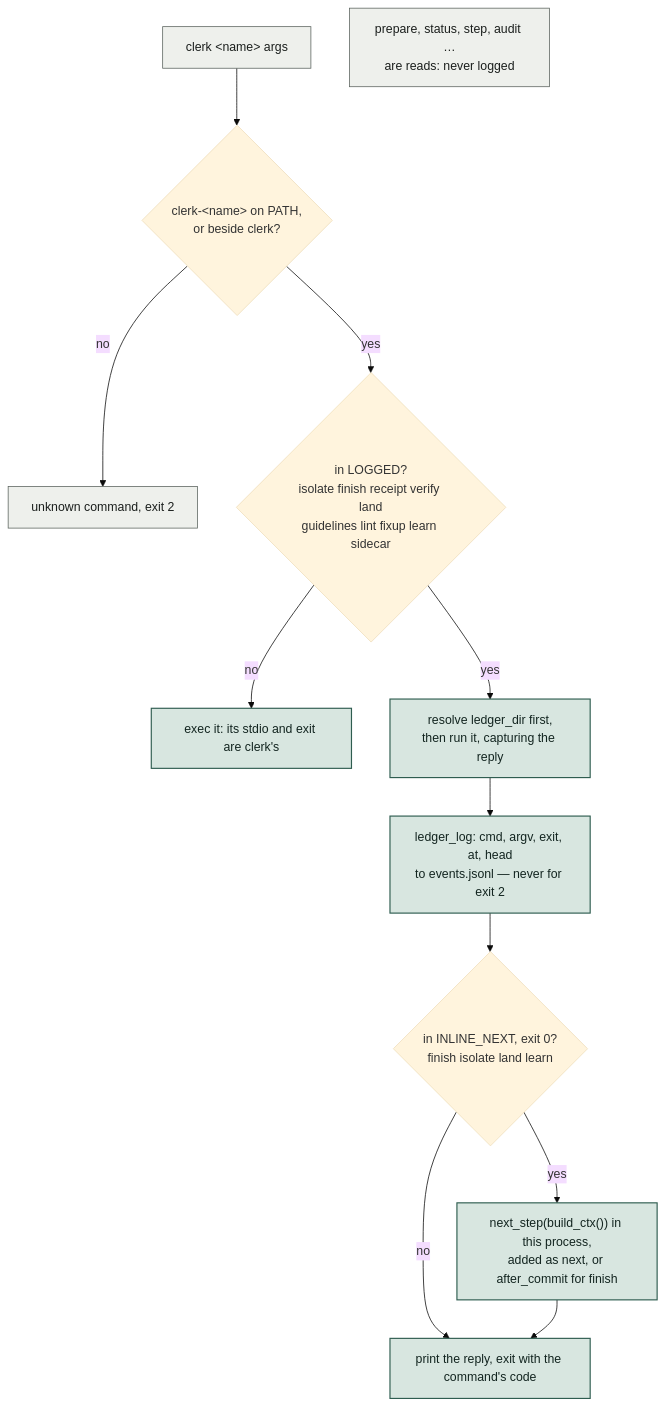
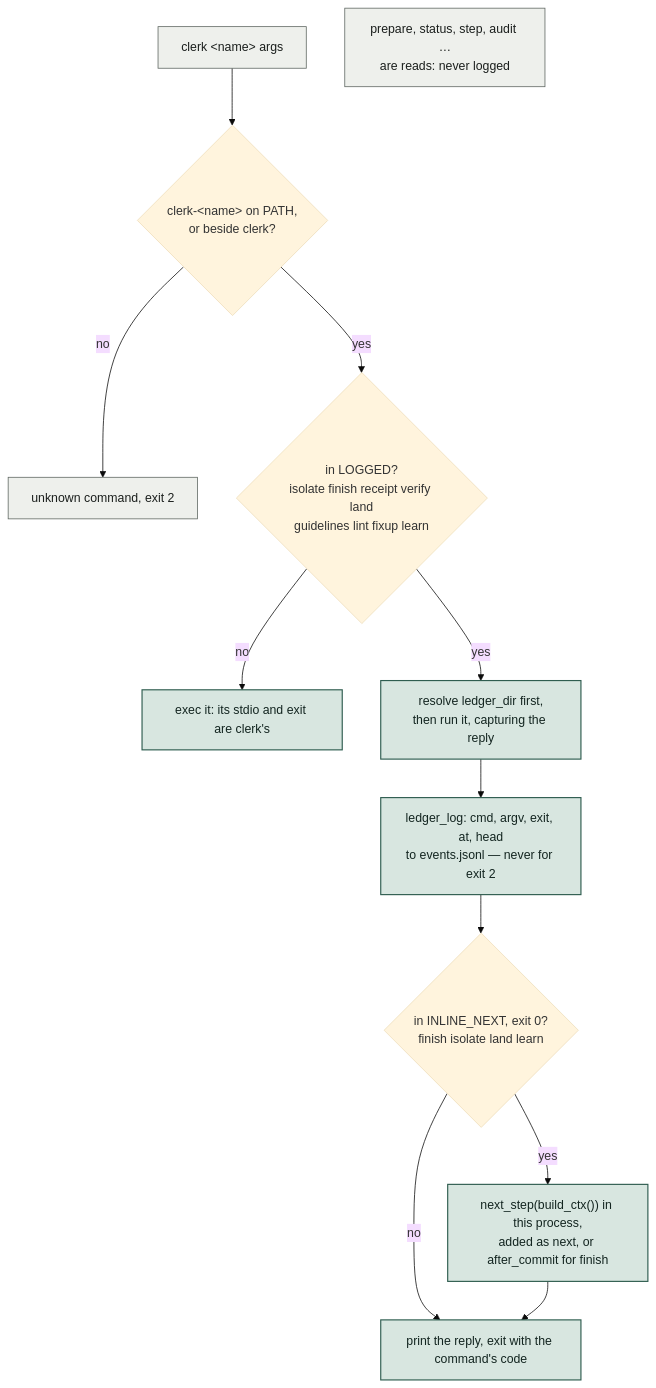
Before and after one commit to hpcsc/dotfiles: the fifth of 7 diagrams in docs/clerk-structure.md, drawn with Mermaid (base theme). The commit also changed other lines of this file and 11 other files, not shown here.

````diff
--- a/docs/clerk-structure.md
+++ b/docs/clerk-structure.md
@@ -190,18 +190,18 @@
 ```mermaid
 flowchart TD
   cmd["clerk &lt;name&gt; args"]:::plain --> found{"clerk-&lt;name&gt; on PATH,<br/>or beside clerk?"}
   found -->|"no"| unknown["unknown command, exit 2"]:::plain
-  found -->|"yes"| lg{"in LOGGED?<br/>isolate finish receipt verify land<br/>guidelines lint fixup learn sidecar"}
+  found -->|"yes"| lg{"in LOGGED?<br/>isolate finish receipt verify land<br/>guidelines lint fixup learn"}
   lg -->|"no"| exec["exec it: its stdio and exit are clerk's"]:::clerk
   lg -->|"yes"| runit["resolve ledger_dir first,<br/>then run it, capturing the reply"]:::clerk
   runit --> log["ledger_log: cmd, argv, exit, at, head<br/>to events.jsonl — never for exit 2"]:::clerk
   log --> nxt{"in INLINE_NEXT, exit 0?<br/>finish isolate land learn"}
   nxt -->|"yes"| embed["next_step(build_ctx()) in this process,<br/>added as next, or after_commit for finish"]:::clerk
   nxt -->|"no"| out["print the reply, exit with the command's code"]:::clerk
   embed --> out
   reads["prepare, status, step, audit …<br/>are reads: never logged"]:::plain
   classDef clerk fill:#D8E6E0,stroke:#2F5D50,stroke-width:1.5px,color:#132520
   classDef you fill:#F2DFD3,stroke:#A8501E,stroke-width:1.5px,color:#3A1A08
   classDef plain fill:#EEF0EC,stroke:#5C645F,stroke-width:1px,color:#1B1F1D
   classDef file fill:#FFFFFF,stroke:#9AA39D,stroke-width:1px,color:#1B1F1D
 ```
````
